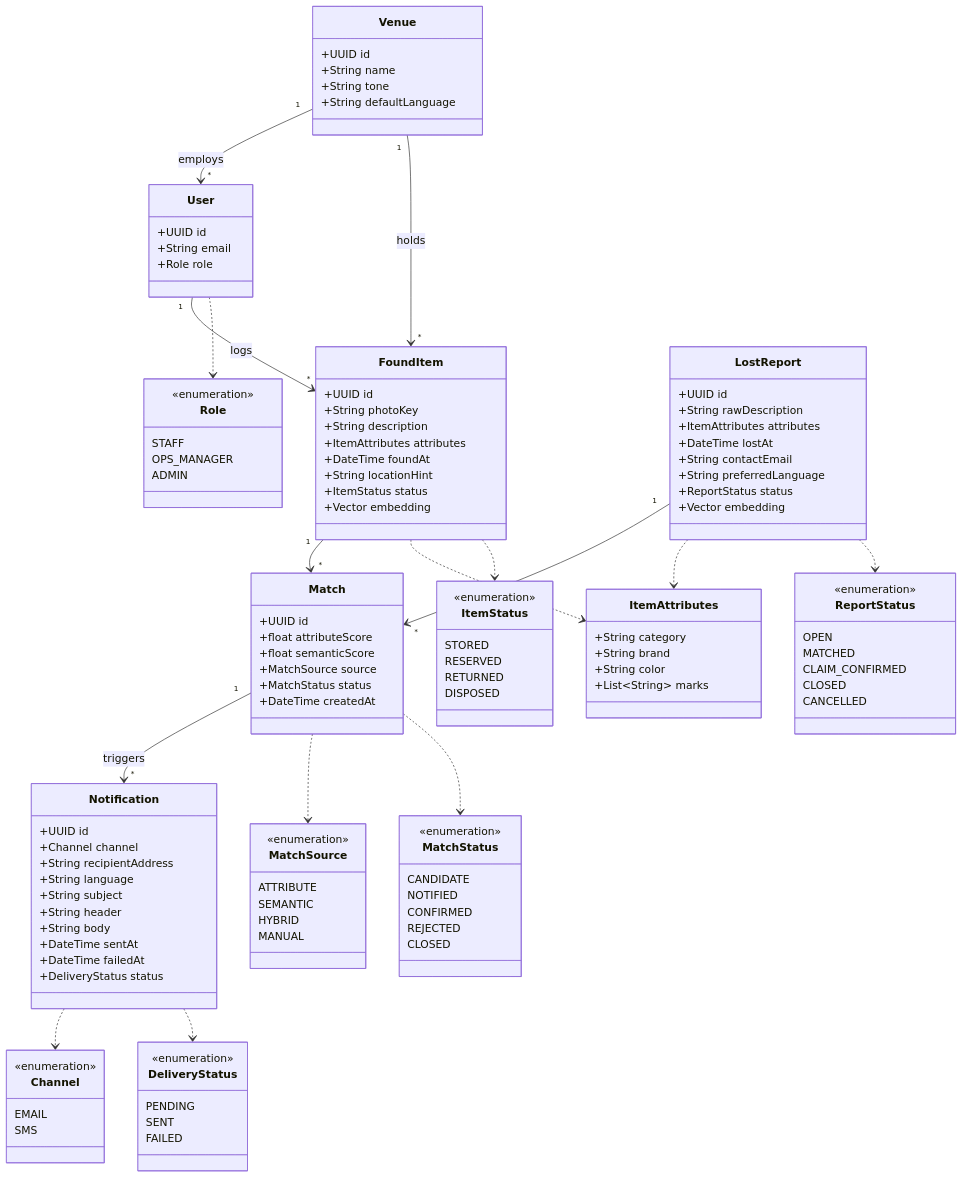
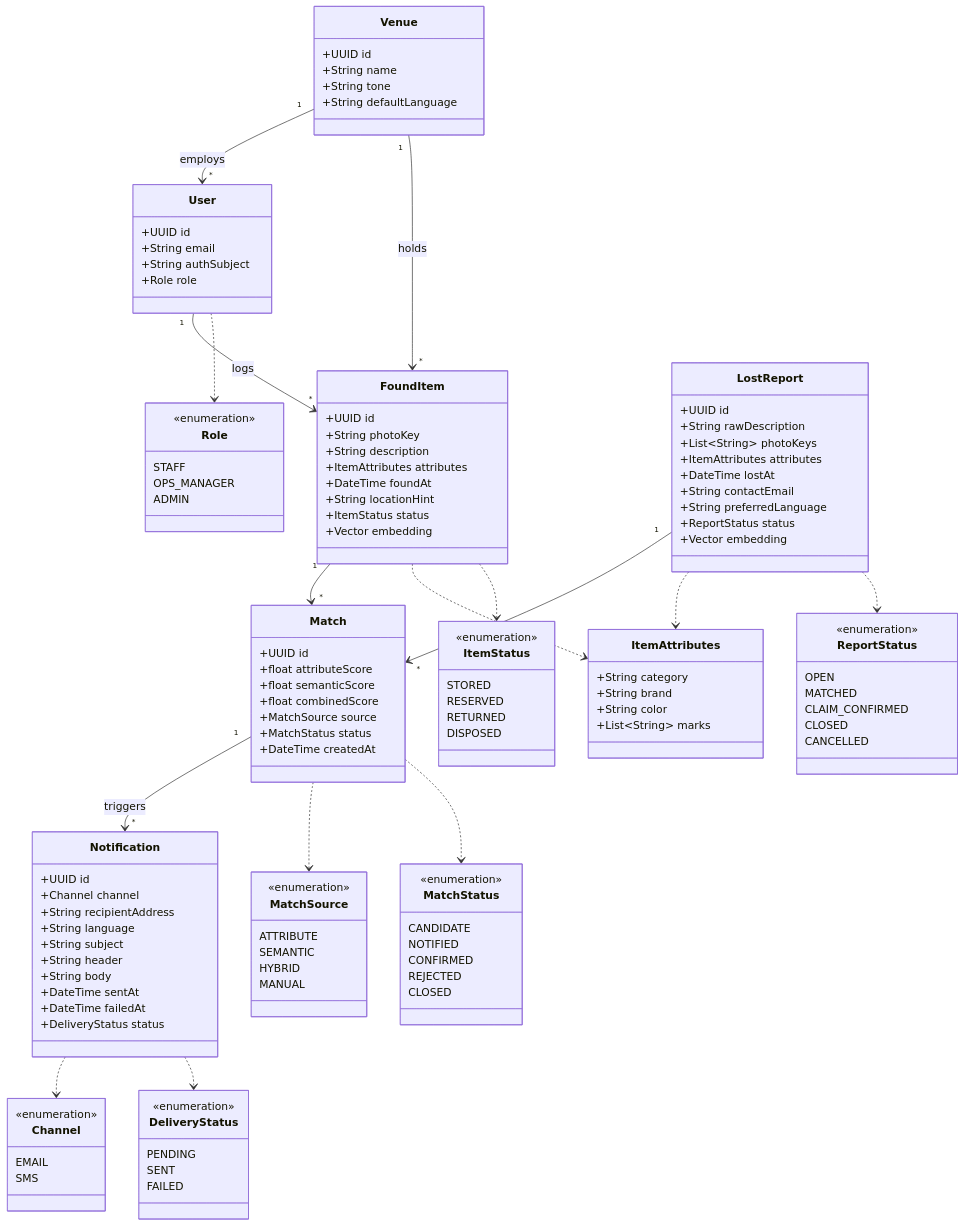
One commit to AET-DevOps26/team-chaos-monkeys changed the second of 3 diagrams in docs/architecture.md. Above: the diagram before and after it, drawn with Mermaid. The commit also changed other lines of this file, not shown here.

```diff
--- a/docs/architecture.md
+++ b/docs/architecture.md
@@ -128,6 +134,7 @@
     class User {
       +UUID id
       +String email
+      +String authSubject
       +Role role
     }
     class Role {
@@ -156,6 +163,7 @@
     class LostReport {
       +UUID id
       +String rawDescription
+      +List~String~ photoKeys
       +ItemAttributes attributes
       +DateTime lostAt
       +String contactEmail
@@ -175,6 +183,7 @@
       +UUID id
       +float attributeScore
       +float semanticScore
+      +float combinedScore
       +MatchSource source
       +MatchStatus status
       +DateTime createdAt
```
